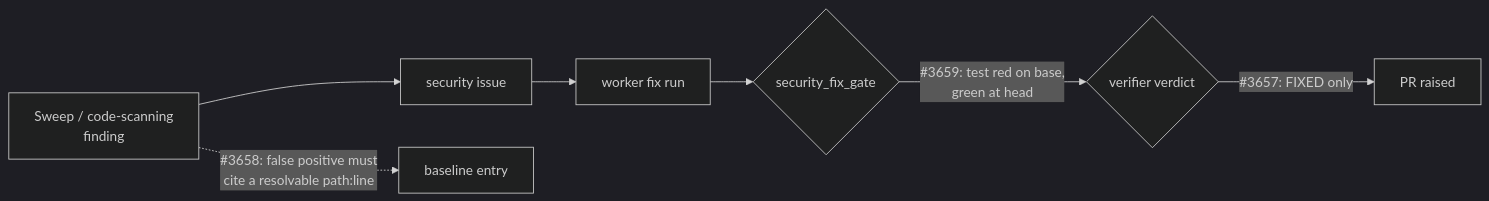
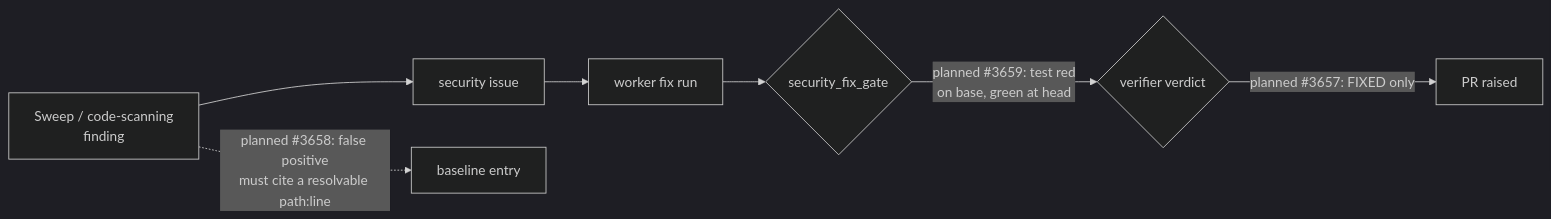
The diagram in docs/security/vulnhunter-methodology-evaluation.md (stSoftwareAU/VibeCoder), drawn with Mermaid (dark theme) before and after one commit. The commit also changed other lines of this file, not shown here.

````diff
--- a/docs/security/vulnhunter-methodology-evaluation.md
+++ b/docs/security/vulnhunter-methodology-evaluation.md
@@ -48,9 +58,9 @@
 ```mermaid
 flowchart LR
     S[Sweep / code-scanning<br/>finding] --> I[security issue]
     I --> W[worker fix run]
     W --> G{security_fix_gate}
-    G -->|"#3659: test red on base,<br/>green at head"| G2{verifier verdict}
-    G2 -->|"#3657: FIXED only"| PR[PR raised]
-    S -.->|"#3658: false positive must<br/>cite a resolvable path:line"| B[baseline entry]
+    G -->|"planned #3659: test red<br/>on base, green at head"| G2{verifier verdict}
+    G2 -->|"planned #3657: FIXED only"| PR[PR raised]
+    S -.->|"planned #3658: false positive<br/>must cite a resolvable path:line"| B[baseline entry]
 ```
````
